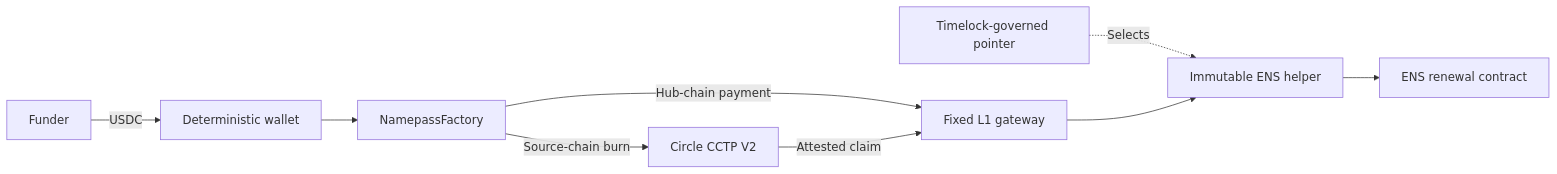
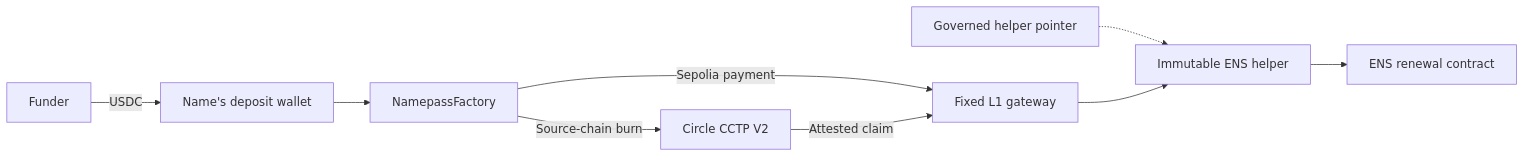
The diagram in README.md (WildcardLabs/namepass), drawn with Mermaid before and after one commit. The commit also changed other lines of this file and 18 other files, not shown here.

````diff
--- a/README.md
+++ b/README.md
@@ -33,11 +33,11 @@
 ```mermaid
 flowchart LR
-    U[Funder] -->|USDC| W[Deterministic wallet]
+    U[Funder] -->|USDC| W[Name's deposit wallet]
     W --> F[NamepassFactory]
-    F -->|Hub-chain payment| G[Fixed L1 gateway]
+    F -->|Sepolia payment| G[Fixed L1 gateway]
     F -->|Source-chain burn| C[Circle CCTP V2]
     C -->|Attested claim| G
-    P[Timelock-governed pointer] -.->|Selects| H[Immutable ENS helper]
+    P[Governed helper pointer] -.-> H[Immutable ENS helper]
     G --> H
     H --> E[ENS renewal contract]
 ```
````
